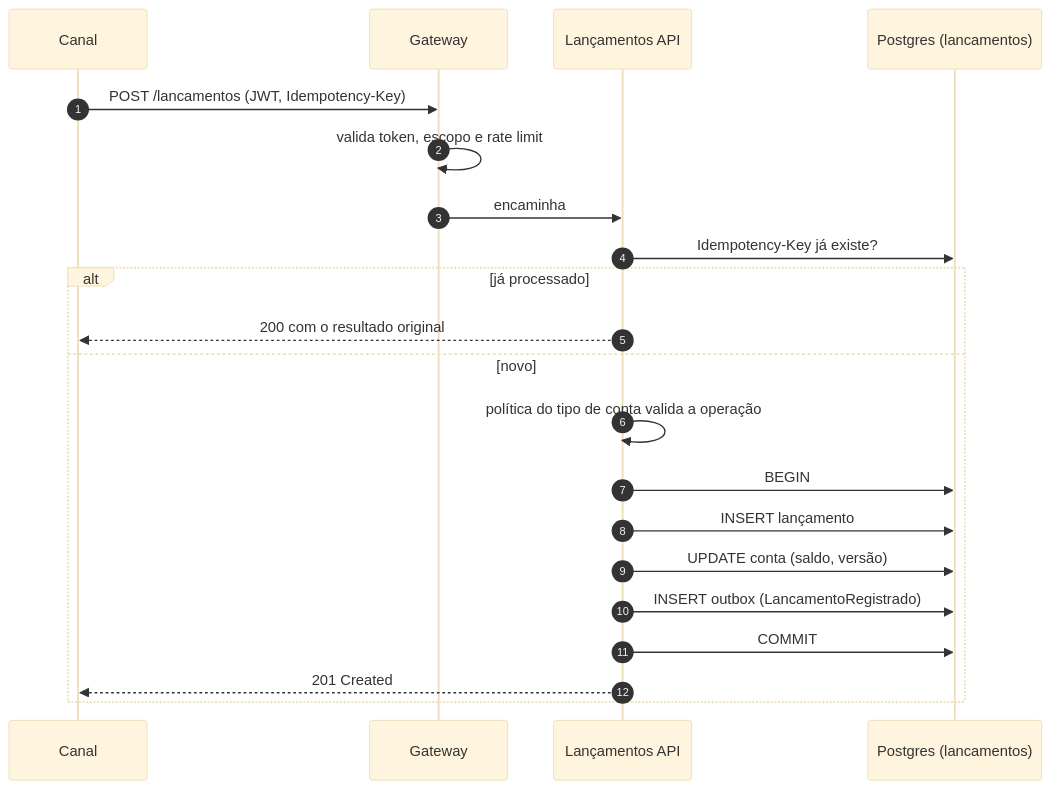
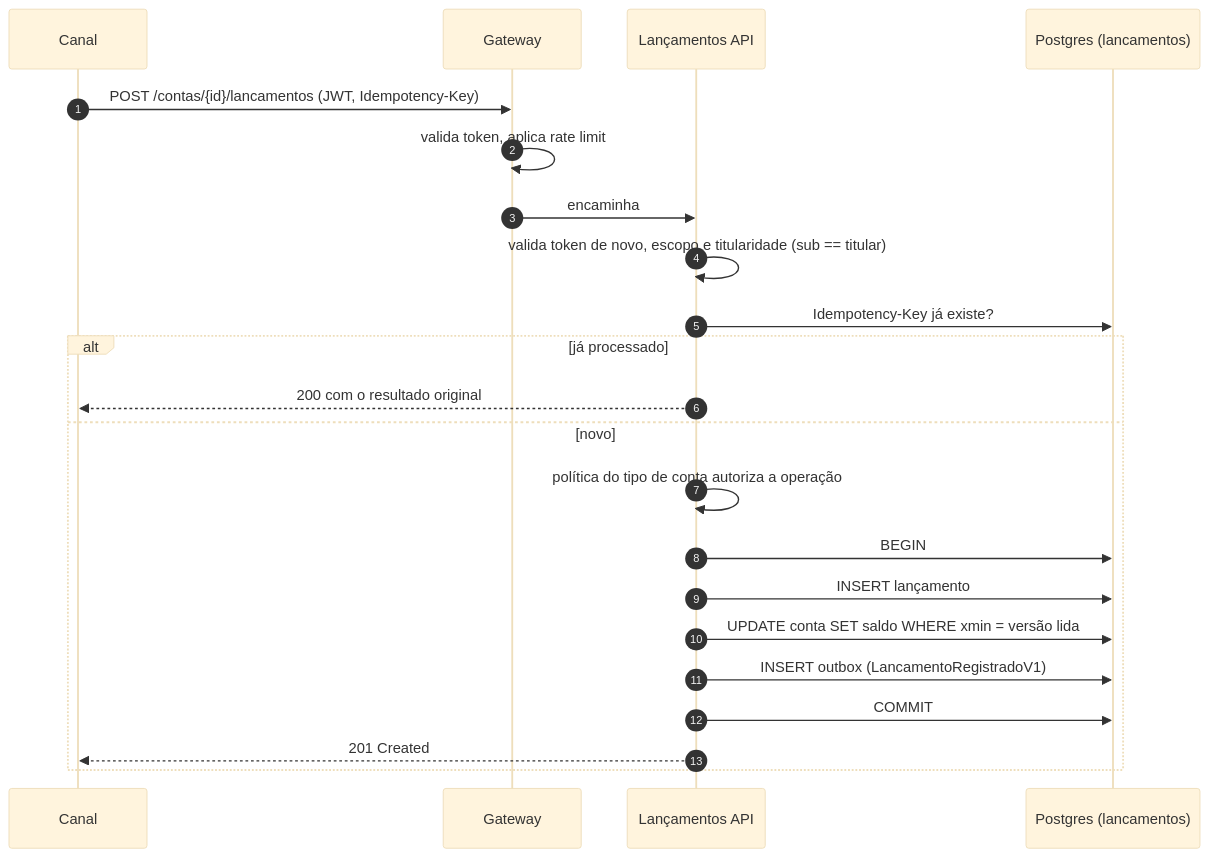
One commit to pedrolopesmcz/ledger-financeiro changed the second of 5 diagrams in docs/arquitetura.md. Above: the diagram before and after it, drawn with Mermaid (base theme). The commit also changed other lines of this file and 1 other file, not shown here.

````diff
--- a/docs/arquitetura.md
+++ b/docs/arquitetura.md
@@ -114,23 +116,24 @@
 ```mermaid
 sequenceDiagram
     autonumber
     participant C as Canal
     participant G as Gateway
     participant L as Lançamentos API
     participant DB as Postgres (lancamentos)
-    C->>G: POST /lancamentos (JWT, Idempotency-Key)
-    G->>G: valida token, escopo e rate limit
+    C->>G: POST /contas/{id}/lancamentos (JWT, Idempotency-Key)
+    G->>G: valida token, aplica rate limit
     G->>L: encaminha
+    L->>L: valida token de novo, escopo e titularidade (sub == titular)
     L->>DB: Idempotency-Key já existe?
     alt já processado
         L-->>C: 200 com o resultado original
     else novo
-        L->>L: política do tipo de conta valida a operação
+        L->>L: política do tipo de conta autoriza a operação
         L->>DB: BEGIN
         L->>DB: INSERT lançamento
-        L->>DB: UPDATE conta (saldo, versão)
-        L->>DB: INSERT outbox (LancamentoRegistrado)
+        L->>DB: UPDATE conta SET saldo WHERE xmin = versão lida
+        L->>DB: INSERT outbox (LancamentoRegistradoV1)
         L->>DB: COMMIT
         L-->>C: 201 Created
     end
 ```
````
